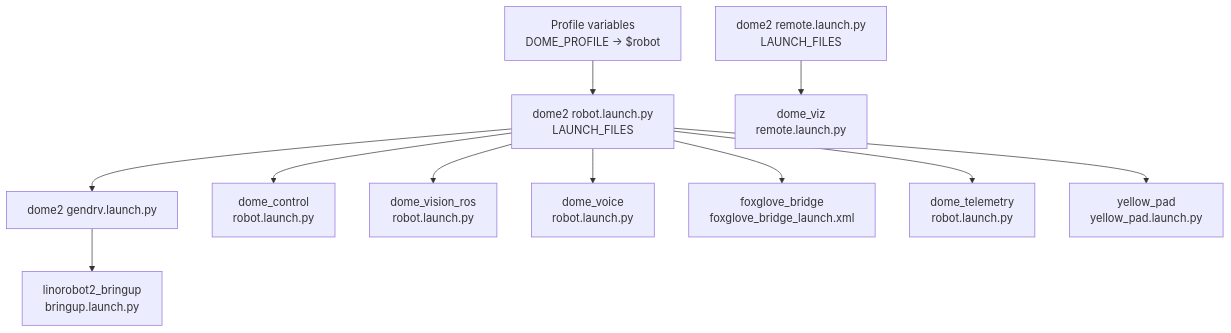
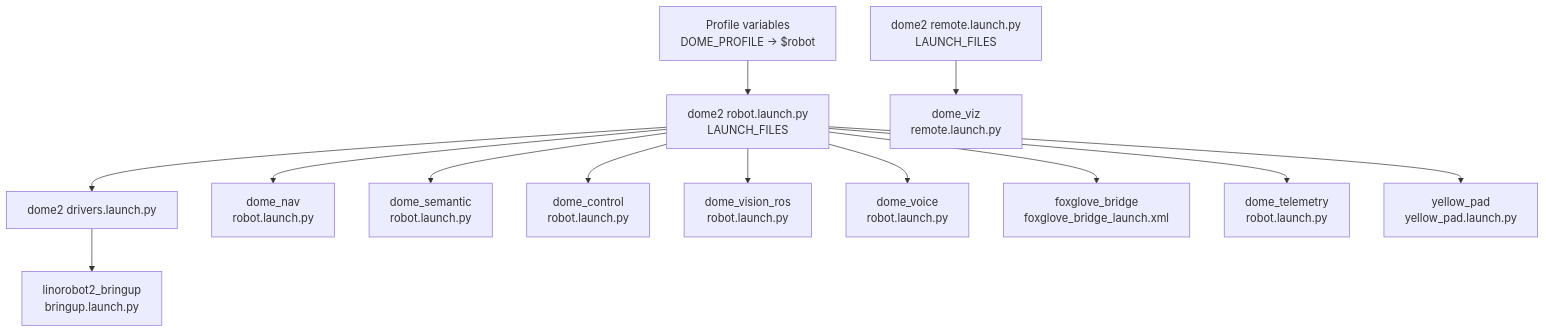
One commit to Boston-Robot-Hackers/dome2 changed the diagram in process/01-literate/01-dome2_architecture.md. Above: the diagram before and after it, drawn with Mermaid. The commit also changed other lines of this file and 25 other files, not shown here.

First line of the commit message:
checkpoint: F05 TF05.4 drivers rename, slam/semantic subsystems, arg forwarding; F08 make status-repos

````diff
--- a/process/01-literate/01-dome2_architecture.md
+++ b/process/01-literate/01-dome2_architecture.md
@@ -38,26 +38,30 @@
 ```mermaid
 graph TD
     ENV["Profile variables<br/>DOME_PROFILE → $robot"]
     robot["dome2 robot.launch.py<br/>LAUNCH_FILES"]
     remote["dome2 remote.launch.py<br/>LAUNCH_FILES"]
 
-    gendrv["dome2 gendrv.launch.py"]
+    drivers["dome2 drivers.launch.py"]
+    nav["dome_nav<br/>robot.launch.py"]
+    sem["dome_semantic<br/>robot.launch.py"]
     lino["linorobot2_bringup<br/>bringup.launch.py"]
     dc["dome_control<br/>robot.launch.py"]
     dvr["dome_vision_ros<br/>robot.launch.py"]
     dv["dome_voice<br/>robot.launch.py"]
     fox["foxglove_bridge<br/>foxglove_bridge_launch.xml"]
     tel["dome_telemetry<br/>robot.launch.py"]
     yp["yellow_pad<br/>yellow_pad.launch.py"]
     viz["dome_viz<br/>remote.launch.py"]
 
     ENV --> robot
-    robot --> gendrv --> lino
+    robot --> drivers --> lino
+    robot --> nav
+    robot --> sem
     robot --> dc
     robot --> dvr
     robot --> dv
     robot --> fox
     robot --> tel
     robot --> yp
     remote --> viz
 ```
````
